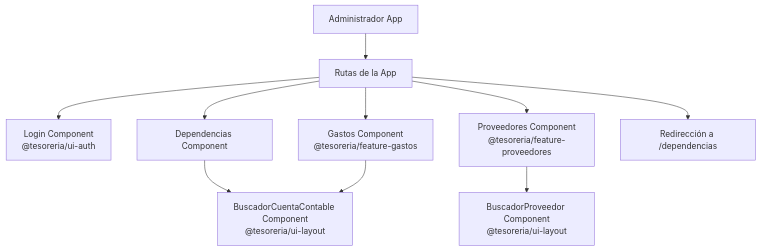
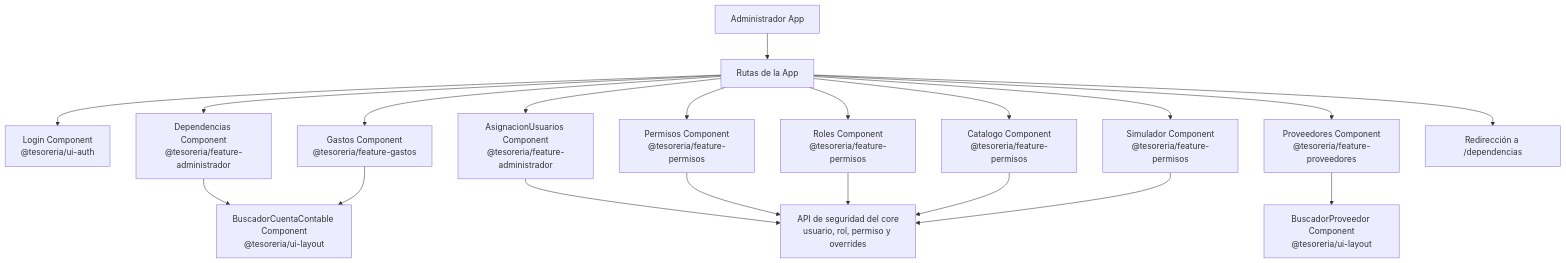
One commit to UM-services/UM.tesoreria.frontend-client changed the fourth of 7 diagrams in docs/architecture.md. Above: the diagram before and after it, drawn with Mermaid. The commit also changed other lines of this file and 2 other files, not shown here.

First line of the commit message:
docs: reflejar libs y gating de permisos

````diff
--- a/docs/architecture.md
+++ b/docs/architecture.md
@@ -161,13 +177,23 @@
 ```mermaid
     flowchart TD
     AdminApp["Administrador App"] --> AppRoutes["Rutas de la App"]
     AppRoutes --> Login["Login Component<br/>@tesoreria/ui-auth"]
-    AppRoutes --> Dependencias["Dependencias Component"]
+    AppRoutes --> Dependencias["Dependencias Component<br/>@tesoreria/feature-administrador"]
+    AppRoutes --> Asignaciones["AsignacionUsuarios Component<br/>@tesoreria/feature-administrador"]
     AppRoutes --> Proveedores["Proveedores Component<br/>@tesoreria/feature-proveedores"]
     AppRoutes --> Gastos["Gastos Component<br/>@tesoreria/feature-gastos"]
+    AppRoutes --> Permisos["Permisos Component<br/>@tesoreria/feature-permisos"]
+    AppRoutes --> Roles["Roles Component<br/>@tesoreria/feature-permisos"]
+    AppRoutes --> Catalogo["Catalogo Component<br/>@tesoreria/feature-permisos"]
+    AppRoutes --> Simulador["Simulador Component<br/>@tesoreria/feature-permisos"]
     AppRoutes --> Redirect["Redirección a /dependencias"]
 
     Dependencias --> BuscadorCuentaContable["BuscadorCuentaContable Component<br/>@tesoreria/ui-layout"]
+    Asignaciones --> PermisosAPI["API de seguridad del core<br/>usuario, rol, permiso y overrides"]
+    Permisos --> PermisosAPI
+    Roles --> PermisosAPI
+    Catalogo --> PermisosAPI
+    Simulador --> PermisosAPI
     Proveedores --> BuscadorProveedor["BuscadorProveedor Component<br/>@tesoreria/ui-layout"]
     Gastos --> BuscadorCuentaContable
 ```
````
